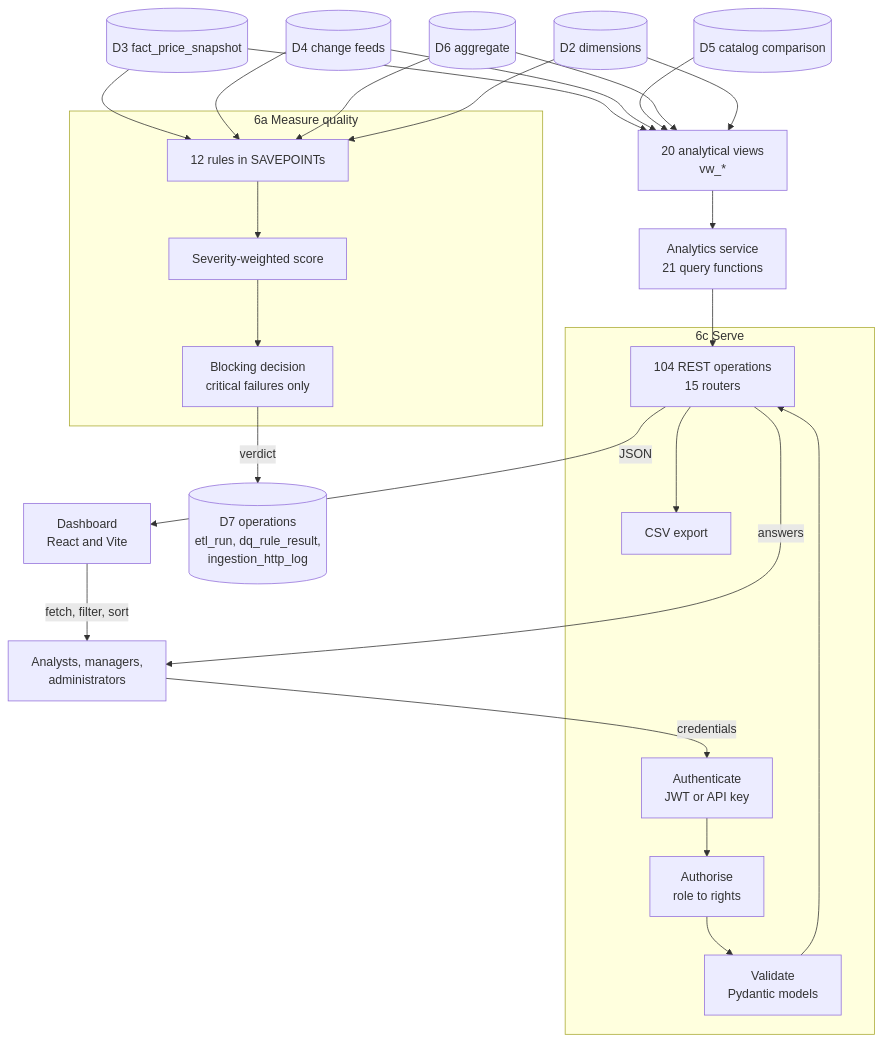
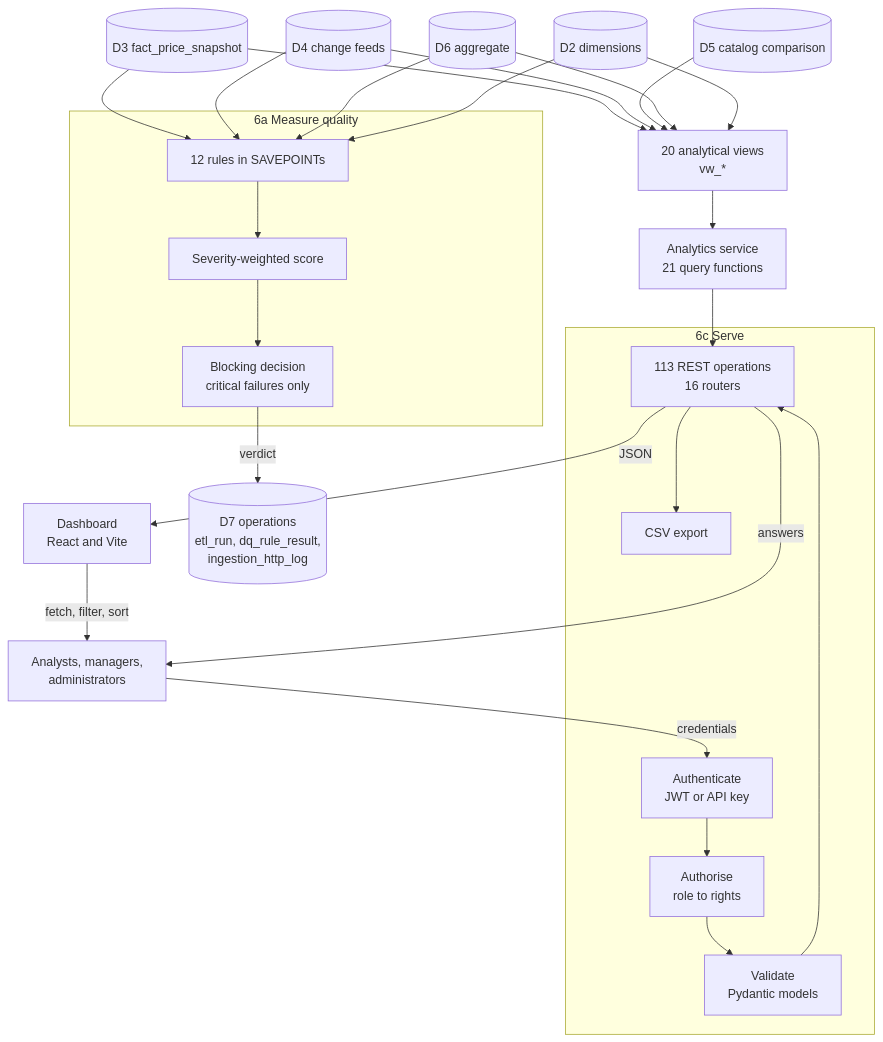
One commit to Ahmedbakr78/Web-to-Warehouse-Product-Intelligence-Pipeline changed the fifth of 6 diagrams in docs/10_data_flow_diagrams.md. Above: the diagram before and after it, drawn with Mermaid. The commit also changed 14 other files, not shown here.

````diff
--- a/docs/10_data_flow_diagrams.md
+++ b/docs/10_data_flow_diagrams.md
@@ -274,51 +274,51 @@
 ```mermaid
 flowchart TB
     DS[("D3 fact_price_snapshot")]
     DC[("D4 change feeds")]
     DK[("D5 catalog comparison")]
     DA[("D6 aggregate")]
     DP[("D2 dimensions")]
     DR[("D7 operations<br/>etl_run, dq_rule_result,<br/>ingestion_http_log")]
 
     subgraph P6A["6a Measure quality"]
         Q1["12 rules in SAVEPOINTs"]
         Q2["Severity-weighted score"]
         Q3["Blocking decision<br/>critical failures only"]
     end
 
     V["20 analytical views<br/>vw_*"]
     AN["Analytics service<br/>21 query functions"]
 
     subgraph P6B["6c Serve"]
         AU["Authenticate<br/>JWT or API key"]
         RB["Authorise<br/>role to rights"]
         VAL["Validate<br/>Pydantic models"]
-        EP["104 REST operations<br/>15 routers"]
+        EP["113 REST operations<br/>16 routers"]
         CSV["CSV export"]
     end
 
     UI["Dashboard<br/>React and Vite"]
     USR["Analysts, managers,<br/>administrators"]
 
     DS --> Q1
     DC --> Q1
     DA --> Q1
     DP --> Q1
     Q1 --> Q2 --> Q3
     Q3 -->|"verdict"| DR
 
     DS --> V
     DC --> V
     DK --> V
     DA --> V
     DP --> V
     V --> AN
     AN --> EP
     EP --> CSV
 
     USR -->|"credentials"| AU
     AU --> RB --> VAL --> EP
     EP -->|"JSON"| UI
     UI -->|"fetch, filter, sort"| USR
     EP -->|"answers"| USR
 ```
````
